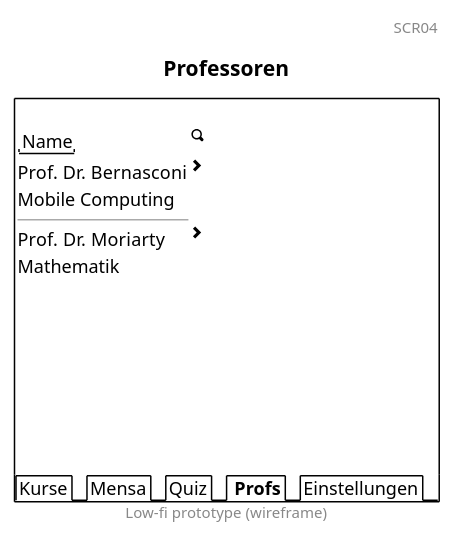
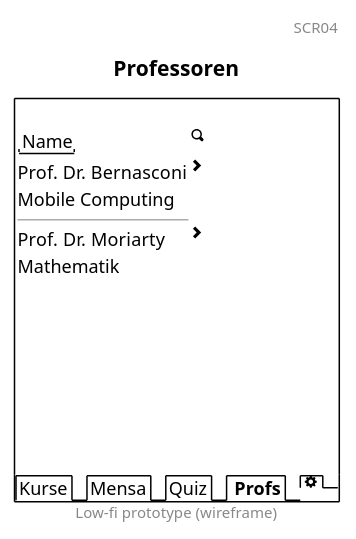
The diagram in scr4.pu (RobinNunkesser/plantuml), drawn with PlantUML before and after one commit. The commit also changed 5 other files, not shown here.

```diff
--- a/scr4.pu
+++ b/scr4.pu
@@ -1,25 +1,25 @@
 @startsalt
 title Professoren
 header SCR04
 footer Low-fi prototype (wireframe)
 {+
 {
     .
     "Name" | <&magnifying-glass>
     Prof. Dr. Bernasconi | <&chevron-right>
     Mobile Computing | .
     ----
     Prof. Dr. Moriarty | <&chevron-right>
     Mathematik | .
     .
     .
     .
     .
     .
     .
     .    
 }
-{/ Kurse | Mensa | Quiz | <b> Profs | Einstellungen }
+{/ Kurse | Mensa | Quiz | <b> Profs | <&cog> }
 }
 
 @endsalt
```
